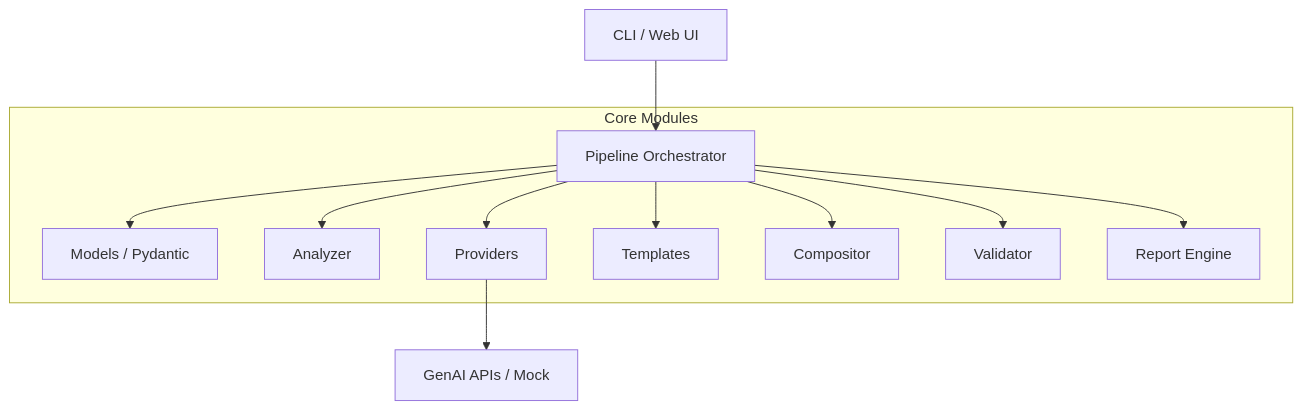
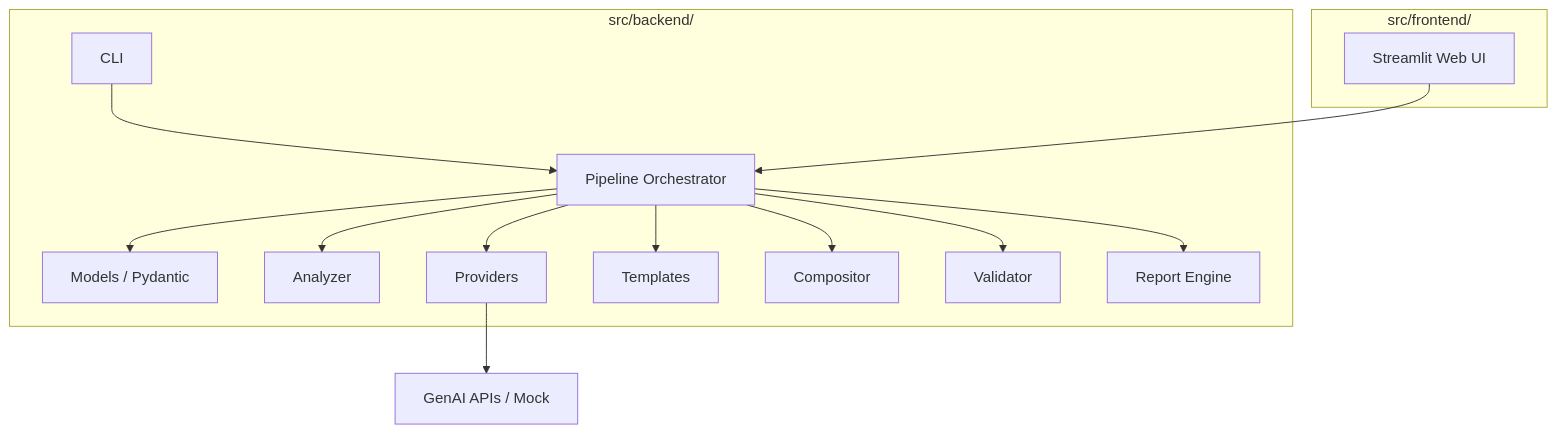
One commit to slysik/adforge changed the second of 2 diagrams in README.md. Above: the diagram before and after it, drawn with Mermaid. The commit also changed other lines of this file and 129 other files, not shown here.

First line of the commit message:
Reorganize project: src/frontend + src/backend split, consolidate data/

````diff
--- a/README.md
+++ b/README.md
@@ -269,16 +269,22 @@
 ```mermaid
 graph TD
-    CLI[CLI / Web UI] --> Pipeline[Pipeline Orchestrator]
-    
-    subgraph Core_Modules [Core Modules]
-    Pipeline --> Models[Models / Pydantic]
-    Pipeline --> Analyzer[Analyzer]
-    Pipeline --> Providers[Providers]
-    Pipeline --> Templates[Templates]
-    Pipeline --> Compositor[Compositor]
-    Pipeline --> Validator[Validator]
-    Pipeline --> Report[Report Engine]
+    subgraph Frontend ["src/frontend/"]
+        APP["Streamlit Web UI"]
     end
-    
+
+    subgraph Backend ["src/backend/"]
+        CLI["CLI"]
+        Pipeline["Pipeline Orchestrator"]
+        CLI --> Pipeline
+        Pipeline --> Models[Models / Pydantic]
+        Pipeline --> Analyzer[Analyzer]
+        Pipeline --> Providers[Providers]
+        Pipeline --> Templates[Templates]
+        Pipeline --> Compositor[Compositor]
+        Pipeline --> Validator[Validator]
+        Pipeline --> Report[Report Engine]
+    end
+
+    APP --> Pipeline
     Providers --> GenAI[GenAI APIs / Mock]
 ```
````
